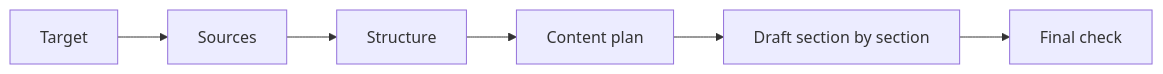
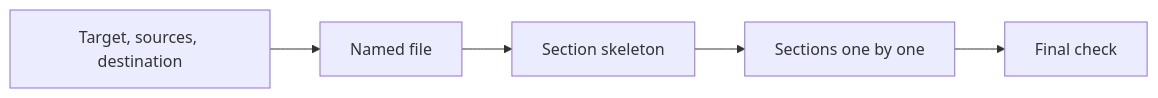
The diagram in skills/actions/an-dr-text-write-curated/README.md (an-dr/agents), drawn with Mermaid before and after one commit. The commit also changed other lines of this file and 2 other files, not shown here.

````diff
--- a/skills/actions/an-dr-text-write-curated/README.md
+++ b/skills/actions/an-dr-text-write-curated/README.md
@@ -11,8 +11,7 @@
 ```mermaid
 flowchart LR
-  T[Target] --> S[Sources]
-  S --> O[Structure]
-  O --> P[Content plan]
-  P --> D[Draft section by section]
-  D --> F[Final check]
+  T[Target, sources, destination] --> F[Named file]
+  F --> K[Section skeleton]
+  K --> S[Sections one by one]
+  S --> C[Final check]
 ```
````
